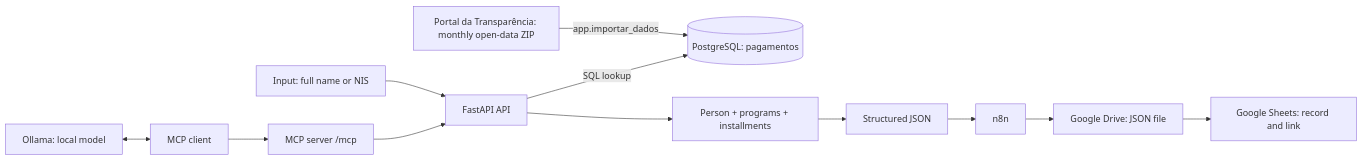
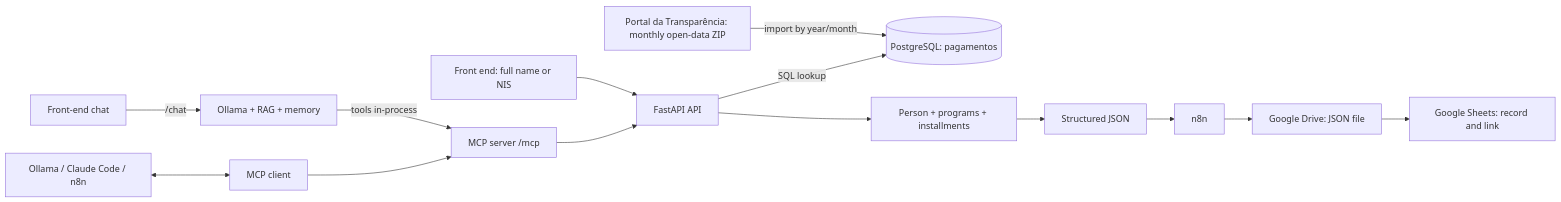
One commit to Aspael/rpa-portal-transparencia changed the diagram in README.md. Above: the diagram before and after it, drawn with Mermaid. The commit also changed other lines of this file and 11 other files, not shown here.

````diff
--- a/README.md
+++ b/README.md
@@ -76,14 +143,16 @@
 ```mermaid
 flowchart LR
-    P[Portal da Transparência: monthly open-data ZIP] -->|app.importar_dados| DB[(PostgreSQL: pagamentos)]
-    A[Input: full name or NIS] --> B[FastAPI API]
-    O[Ollama: local model] <--> H[MCP client]
+    P[Portal da Transparência: monthly open-data ZIP] -->|import by year/month| DB[(PostgreSQL: pagamentos)]
+    A[Front end: full name or NIS] --> B[FastAPI API]
+    C[Front-end chat] -->|/chat| R[Ollama + RAG + memory]
+    R -->|tools in-process| N
+    O[Ollama / Claude Code / n8n] <--> H[MCP client]
     H --> N[MCP server /mcp]
     N --> B
     B -->|SQL lookup| DB
     B --> E[Person + programs + installments]
     E --> F[Structured JSON]
     F --> G[n8n]
     G --> H2[Google Drive: JSON file]
     H2 --> I[Google Sheets: record and link]
 ```
````
